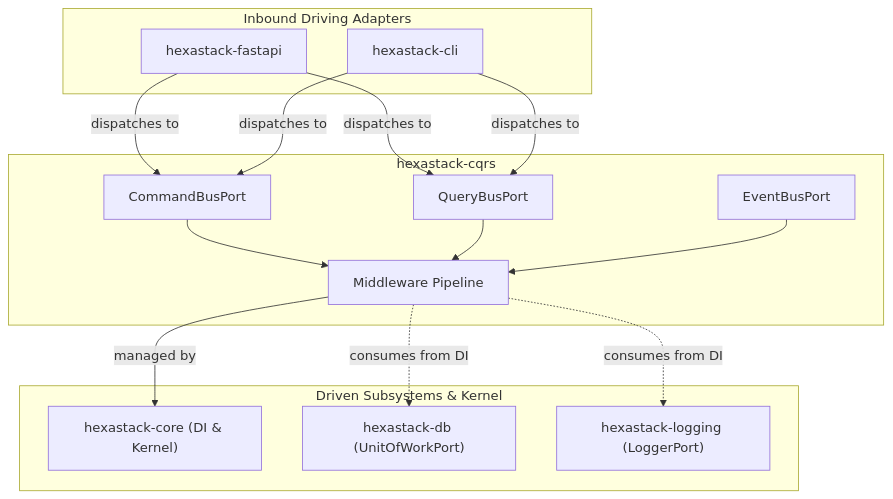
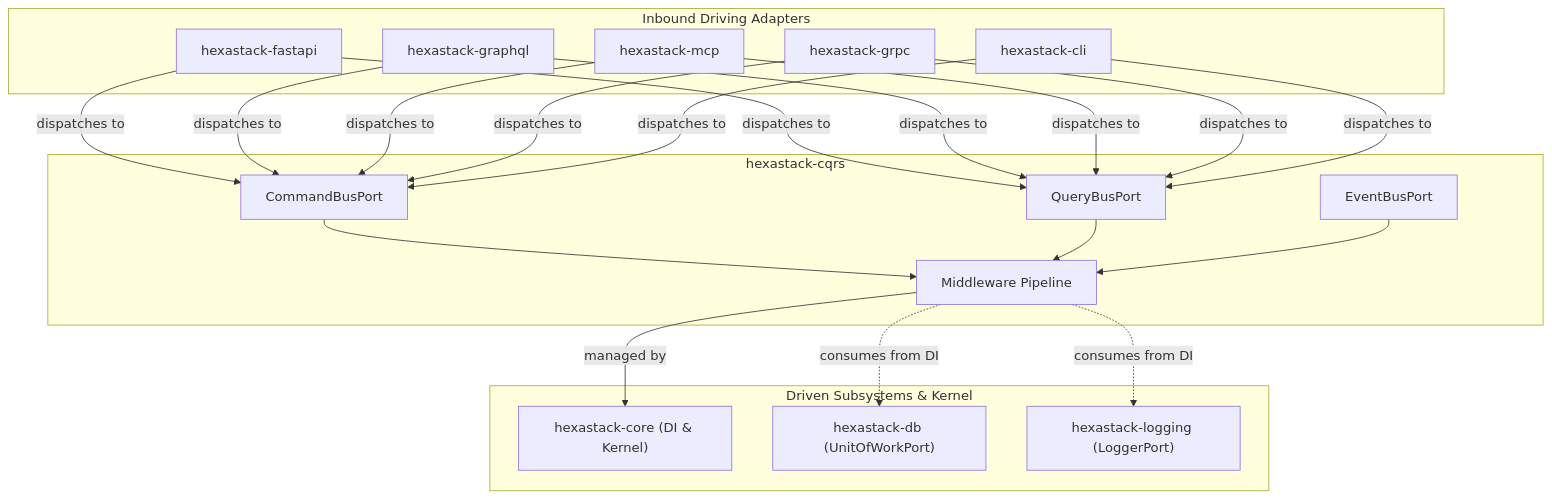
The diagram in packages/hexastack_cqrs/README.md (TheTrueSCU/hexastack), drawn with Mermaid before and after one commit. The commit also changed 37 other files, not shown here.

````diff
--- a/packages/hexastack_cqrs/README.md
+++ b/packages/hexastack_cqrs/README.md
@@ -50,33 +50,42 @@
 ```mermaid
 graph TD
     subgraph DrivingAdapters ["Inbound Driving Adapters"]
         FASTAPI["hexastack-fastapi"]
+        GRAPHQL["hexastack-graphql"]
+        MCP["hexastack-mcp"]
+        GRPC["hexastack-grpc"]
         CLI["hexastack-cli"]
     end
 
     subgraph CQRS ["hexastack-cqrs"]
         CBUS["CommandBusPort"]
         QBUS["QueryBusPort"]
         EBUS["EventBusPort"]
         PIPE["Middleware Pipeline"]
     end
 
     subgraph DrivenDependencies ["Driven Subsystems & Kernel"]
         CORE["hexastack-core (DI & Kernel)"]
         DB["hexastack-db (UnitOfWorkPort)"]
         LOG["hexastack-logging (LoggerPort)"]
     end
 
     FASTAPI -->|dispatches to| CBUS
     FASTAPI -->|dispatches to| QBUS
+    GRAPHQL -->|dispatches to| CBUS
+    GRAPHQL -->|dispatches to| QBUS
+    MCP -->|dispatches to| CBUS
+    MCP -->|dispatches to| QBUS
+    GRPC -->|dispatches to| CBUS
+    GRPC -->|dispatches to| QBUS
     CLI -->|dispatches to| CBUS
     CLI -->|dispatches to| QBUS
 
     CBUS --> PIPE
     QBUS --> PIPE
     EBUS --> PIPE
 
     PIPE -->|managed by| CORE
     PIPE -. consumes from DI .-> DB
     PIPE -. consumes from DI .-> LOG
 ```
````
